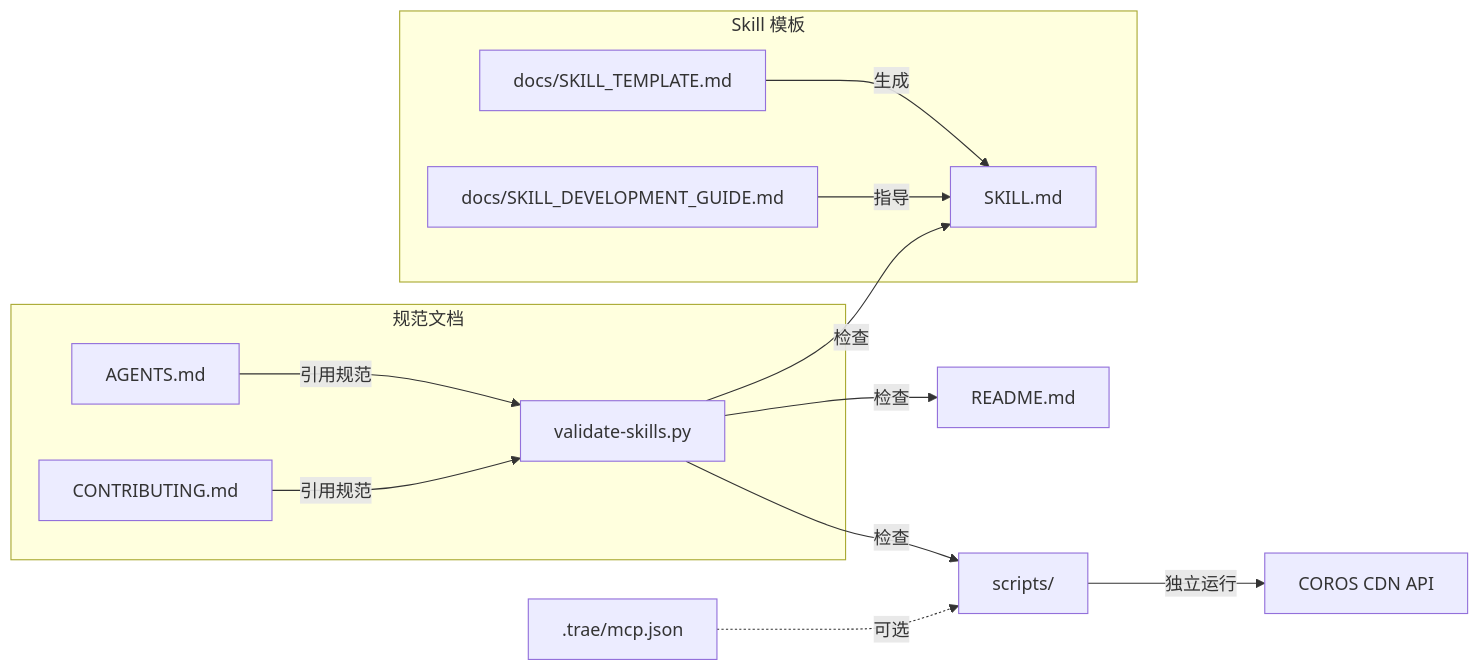
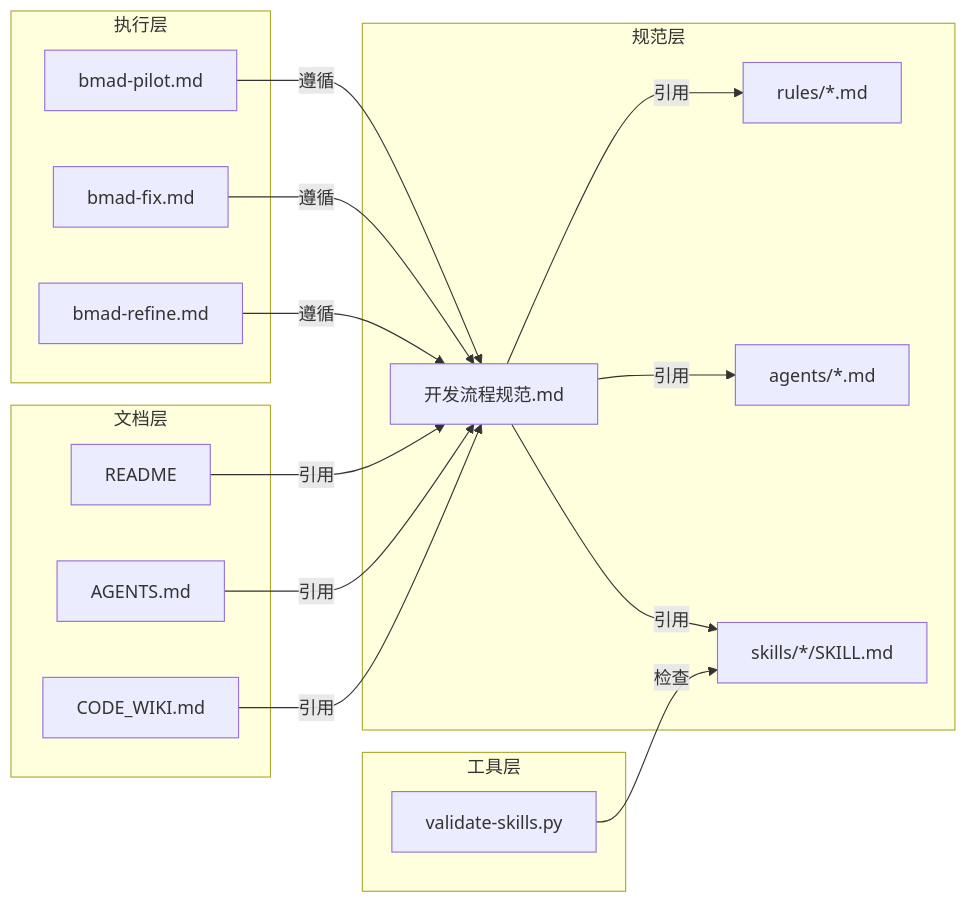
One commit to yecllsl/trae-agent-skills changed the fifth of 5 diagrams in CODE_WIKI.md. Above: the diagram before and after it, drawn with Mermaid. The commit also changed other lines of this file and 28 other files, not shown here.

````diff
--- a/CODE_WIKI.md
+++ b/CODE_WIKI.md
@@ -682,20 +420,24 @@
 ```mermaid
 graph LR
-    subgraph "规范文档"
-        AGENTS[AGENTS.md] -->|引用规范| VALIDATE[validate-skills.py]
-        CONTRIB[CONTRIBUTING.md] -->|引用规范| VALIDATE
+    subgraph "规范层"
+        SPEC[开发流程规范.md] -->|引用| RULES[rules/*.md]
+        SPEC -->|引用| AGENTS_DEF[agents/*.md]
+        SPEC -->|引用| SKILLS[skills/*/SKILL.md]
     end
 
-    subgraph "Skill 模板"
-        TEMPLATE[docs/SKILL_TEMPLATE.md] -->|生成| SKILL_MD[SKILL.md]
-        GUIDE[docs/SKILL_DEVELOPMENT_GUIDE.md] -->|指导| SKILL_MD
+    subgraph "执行层"
+        CMD1[bmad-pilot.md] -->|遵循| SPEC
+        CMD2[bmad-fix.md] -->|遵循| SPEC
+        CMD3[bmad-refine.md] -->|遵循| SPEC
     end
 
-    VALIDATE -->|检查| SKILL_MD
-    VALIDATE -->|检查| README_MD[README.md]
-    VALIDATE -->|检查| SCRIPTS[scripts/]
+    subgraph "文档层"
+        README -->|引用| SPEC
+        AGENTS_MD[AGENTS.md] -->|引用| SPEC
+        WIKI[CODE_WIKI.md] -->|引用| SPEC
+    end
 
-    SCRIPTS -->|独立运行| COROS_API[COROS CDN API]
-    
-    MCP[.trae/mcp.json] -.->|可选| SCRIPTS
+    subgraph "工具层"
+        VALIDATE[validate-skills.py] -->|检查| SKILLS
+    end
 ```
````
